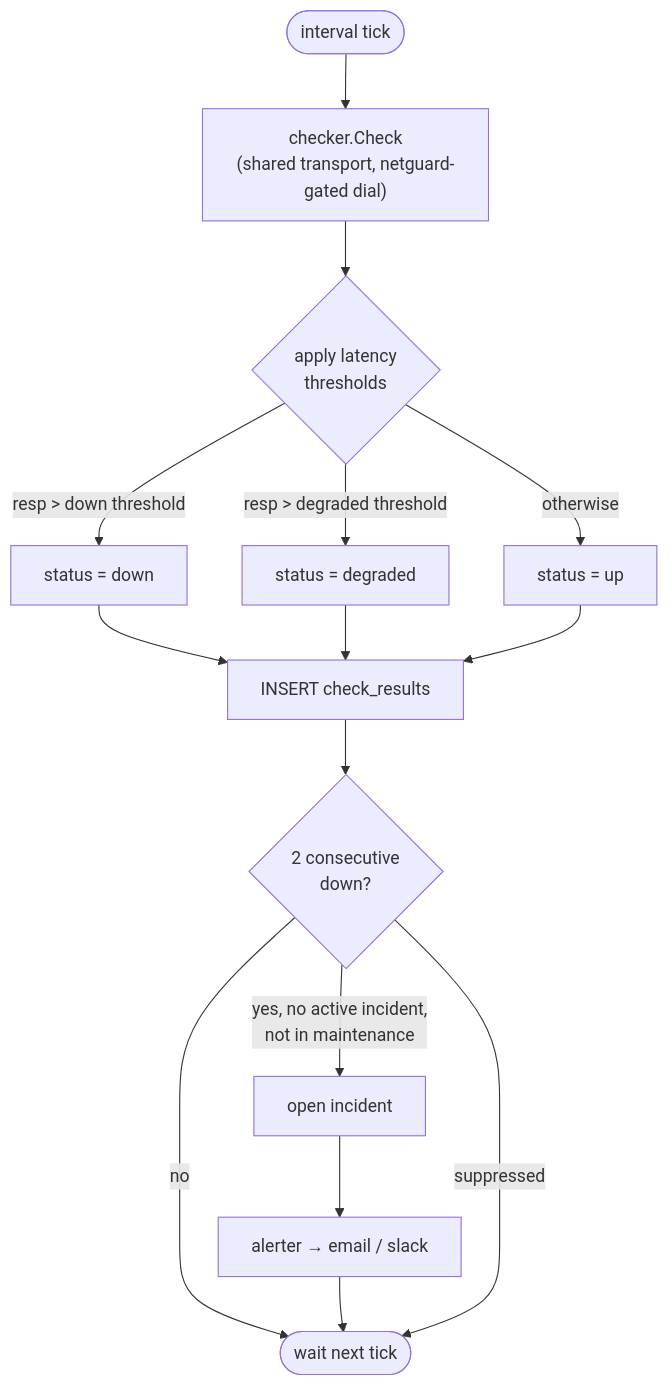
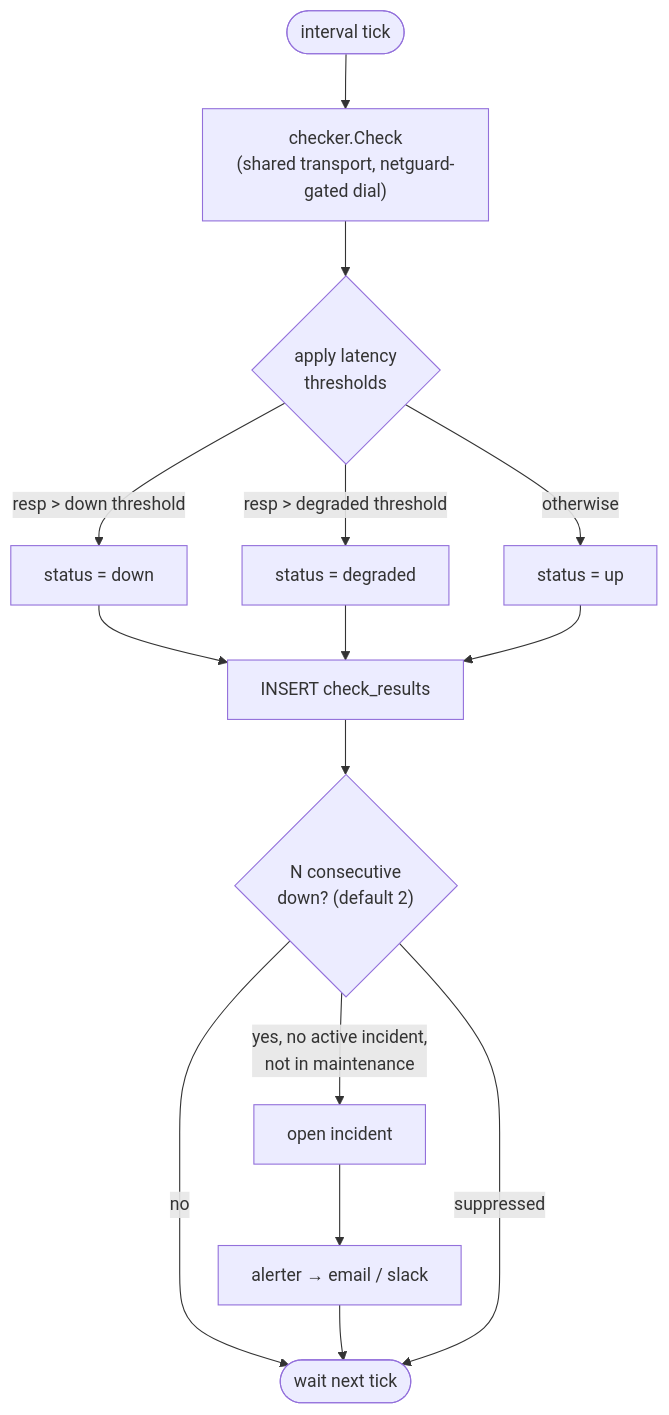
The second of 2 diagrams in data/readmes/memetics19__pulse.md (zqf20096327/dbhub_collect), drawn with Mermaid before and after one commit. The commit also changed 255 other files, not shown here.

````diff
--- a/data/readmes/memetics19__pulse.md
+++ b/data/readmes/memetics19__pulse.md
@@ -65,17 +65,17 @@
 ```mermaid
 flowchart TD
     START([interval tick]) --> RUN["checker.Check<br/>(shared transport, netguard-gated dial)"]
     RUN --> THRESH{"apply latency<br/>thresholds"}
     THRESH -->|"resp > down threshold"| DOWN[status = down]
     THRESH -->|"resp > degraded threshold"| DEG[status = degraded]
     THRESH -->|otherwise| UP[status = up]
     DOWN --> WRITE
     DEG --> WRITE
     UP --> WRITE["INSERT check_results"]
-    WRITE --> DETECT{"2 consecutive<br/>down?"}
+    WRITE --> DETECT{"N consecutive<br/>down? (default 2)"}
     DETECT -->|no| DONE([wait next tick])
     DETECT -->|"yes, no active incident,<br/>not in maintenance"| INC["open incident"]
     INC --> NOTIFY["alerter → email / slack"]
     NOTIFY --> DONE
     DETECT -->|"suppressed"| DONE
 ```
````
